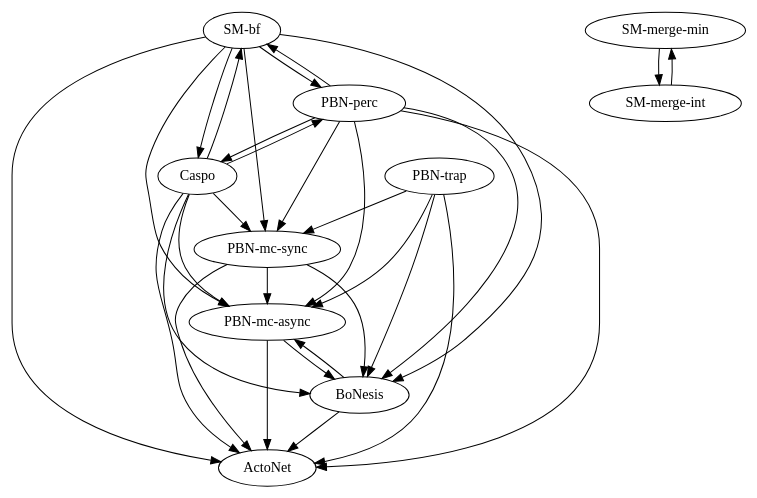
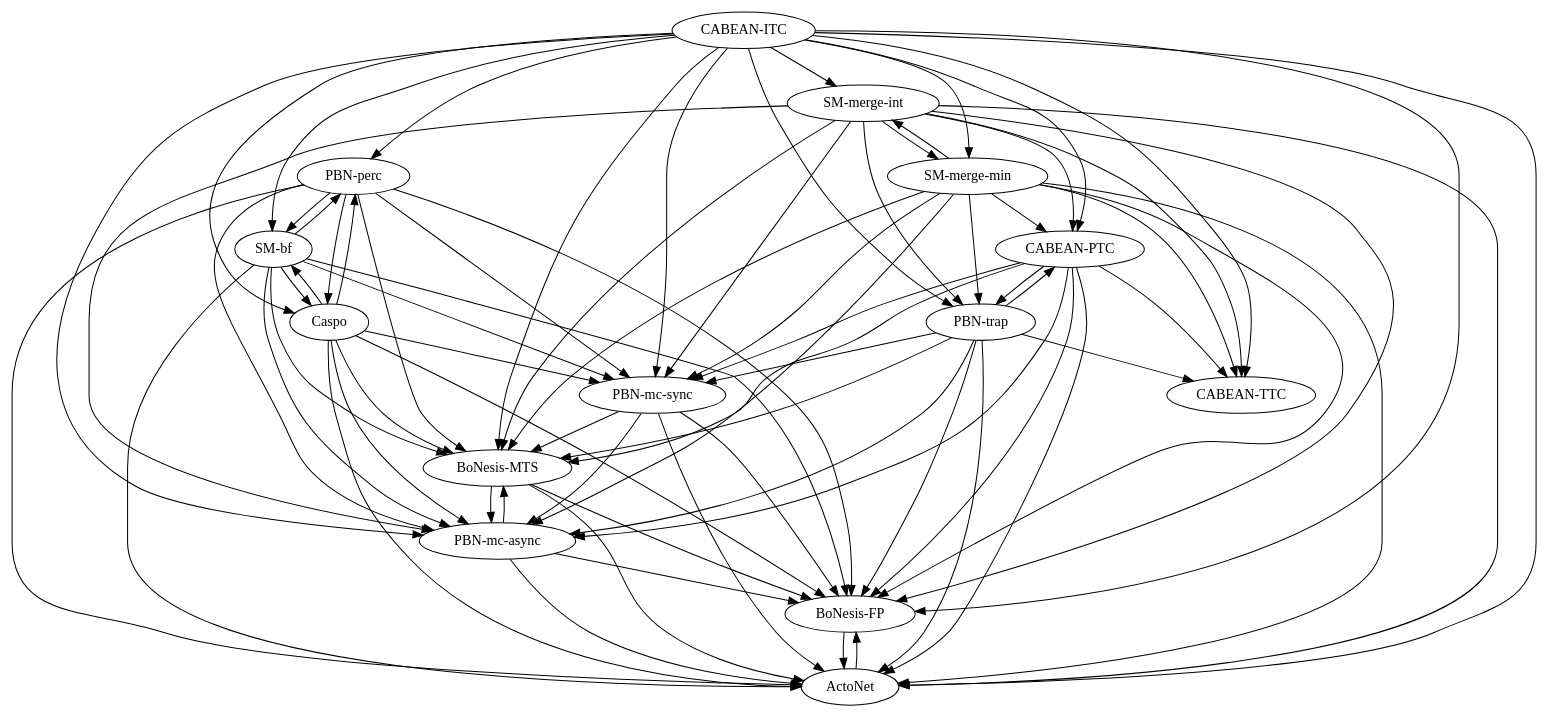
The diagram in experiments/results/practical/TumorInvasion/_graph.dot (kalebmoon07/BN-control-taxonomy), drawn with Graphviz before and after one commit. The commit also changed 302 other files, not shown here.

```diff
--- a/experiments/results/practical/TumorInvasion/_graph.dot
+++ b/experiments/results/practical/TumorInvasion/_graph.dot
@@ -1,43 +1,94 @@
-strict digraph  {
-"SM-bf";
+digraph G {
+"BoNesis-FP";
+"BoNesis-MTS";
+"CABEAN-ITC";
+"CABEAN-PTC";
+"CABEAN-TTC";
+"PBN-mc-async";
 "PBN-mc-sync";
 "PBN-perc";
+"PBN-trap";
+"SM-bf";
+"SM-merge-int";
+"SM-merge-min";
+ActoNet;
 Caspo;
-ActoNet;
-"PBN-mc-async";
-BoNesis;
-"PBN-trap";
-"SM-merge-min";
-"SM-merge-int";
+"BoNesis-FP" -> ActoNet;
+"BoNesis-MTS" -> "BoNesis-FP";
+"BoNesis-MTS" -> "PBN-mc-async";
+"BoNesis-MTS" -> ActoNet;
+"CABEAN-ITC" -> "BoNesis-FP";
+"CABEAN-ITC" -> "BoNesis-MTS";
+"CABEAN-ITC" -> "CABEAN-PTC";
+"CABEAN-ITC" -> "CABEAN-TTC";
+"CABEAN-ITC" -> "PBN-mc-async";
+"CABEAN-ITC" -> "PBN-mc-sync";
+"CABEAN-ITC" -> "PBN-perc";
+"CABEAN-ITC" -> "PBN-trap";
+"CABEAN-ITC" -> "SM-bf";
+"CABEAN-ITC" -> "SM-merge-int";
+"CABEAN-ITC" -> "SM-merge-min";
+"CABEAN-ITC" -> ActoNet;
+"CABEAN-ITC" -> Caspo;
+"CABEAN-PTC" -> "BoNesis-FP";
+"CABEAN-PTC" -> "BoNesis-MTS";
+"CABEAN-PTC" -> "CABEAN-TTC";
+"CABEAN-PTC" -> "PBN-mc-async";
+"CABEAN-PTC" -> "PBN-mc-sync";
+"CABEAN-PTC" -> "PBN-trap";
+"CABEAN-PTC" -> ActoNet;
+"PBN-mc-async" -> "BoNesis-FP";
+"PBN-mc-async" -> "BoNesis-MTS";
+"PBN-mc-async" -> ActoNet;
+"PBN-mc-sync" -> "BoNesis-FP";
+"PBN-mc-sync" -> "BoNesis-MTS";
+"PBN-mc-sync" -> "PBN-mc-async";
+"PBN-mc-sync" -> ActoNet;
+"PBN-perc" -> "BoNesis-FP";
+"PBN-perc" -> "BoNesis-MTS";
+"PBN-perc" -> "PBN-mc-async";
+"PBN-perc" -> "PBN-mc-sync";
+"PBN-perc" -> "SM-bf";
+"PBN-perc" -> ActoNet;
+"PBN-perc" -> Caspo;
+"PBN-trap" -> "BoNesis-FP";
+"PBN-trap" -> "BoNesis-MTS";
+"PBN-trap" -> "CABEAN-PTC";
+"PBN-trap" -> "CABEAN-TTC";
+"PBN-trap" -> "PBN-mc-async";
+"PBN-trap" -> "PBN-mc-sync";
+"PBN-trap" -> ActoNet;
+"SM-bf" -> "BoNesis-FP";
+"SM-bf" -> "BoNesis-MTS";
+"SM-bf" -> "PBN-mc-async";
 "SM-bf" -> "PBN-mc-sync";
 "SM-bf" -> "PBN-perc";
+"SM-bf" -> ActoNet;
 "SM-bf" -> Caspo;
-"SM-bf" -> ActoNet;
-"SM-bf" -> "PBN-mc-async";
-"SM-bf" -> BoNesis;
-"PBN-mc-sync" -> ActoNet;
-"PBN-mc-sync" -> "PBN-mc-async";
-"PBN-mc-sync" -> BoNesis;
-"PBN-perc" -> "SM-bf";
-"PBN-perc" -> "PBN-mc-sync";
-"PBN-perc" -> Caspo;
-"PBN-perc" -> ActoNet;
-"PBN-perc" -> "PBN-mc-async";
-"PBN-perc" -> BoNesis;
-Caspo -> "SM-bf";
+"SM-merge-int" -> "BoNesis-FP";
+"SM-merge-int" -> "BoNesis-MTS";
+"SM-merge-int" -> "CABEAN-PTC";
+"SM-merge-int" -> "CABEAN-TTC";
+"SM-merge-int" -> "PBN-mc-async";
+"SM-merge-int" -> "PBN-mc-sync";
+"SM-merge-int" -> "PBN-trap";
+"SM-merge-int" -> "SM-merge-min";
+"SM-merge-int" -> ActoNet;
+"SM-merge-min" -> "BoNesis-FP";
+"SM-merge-min" -> "BoNesis-MTS";
+"SM-merge-min" -> "CABEAN-PTC";
+"SM-merge-min" -> "CABEAN-TTC";
+"SM-merge-min" -> "PBN-mc-async";
+"SM-merge-min" -> "PBN-mc-sync";
+"SM-merge-min" -> "PBN-trap";
+"SM-merge-min" -> "SM-merge-int";
+"SM-merge-min" -> ActoNet;
+ActoNet -> "BoNesis-FP";
+Caspo -> "BoNesis-FP";
+Caspo -> "BoNesis-MTS";
+Caspo -> "PBN-mc-async";
 Caspo -> "PBN-mc-sync";
 Caspo -> "PBN-perc";
+Caspo -> "SM-bf";
 Caspo -> ActoNet;
-Caspo -> "PBN-mc-async";
-Caspo -> BoNesis;
-"PBN-mc-async" -> ActoNet;
-"PBN-mc-async" -> BoNesis;
-BoNesis -> ActoNet;
-BoNesis -> "PBN-mc-async";
-"PBN-trap" -> "PBN-mc-sync";
-"PBN-trap" -> ActoNet;
-"PBN-trap" -> "PBN-mc-async";
-"PBN-trap" -> BoNesis;
-"SM-merge-min" -> "SM-merge-int";
-"SM-merge-int" -> "SM-merge-min";
 }
```
